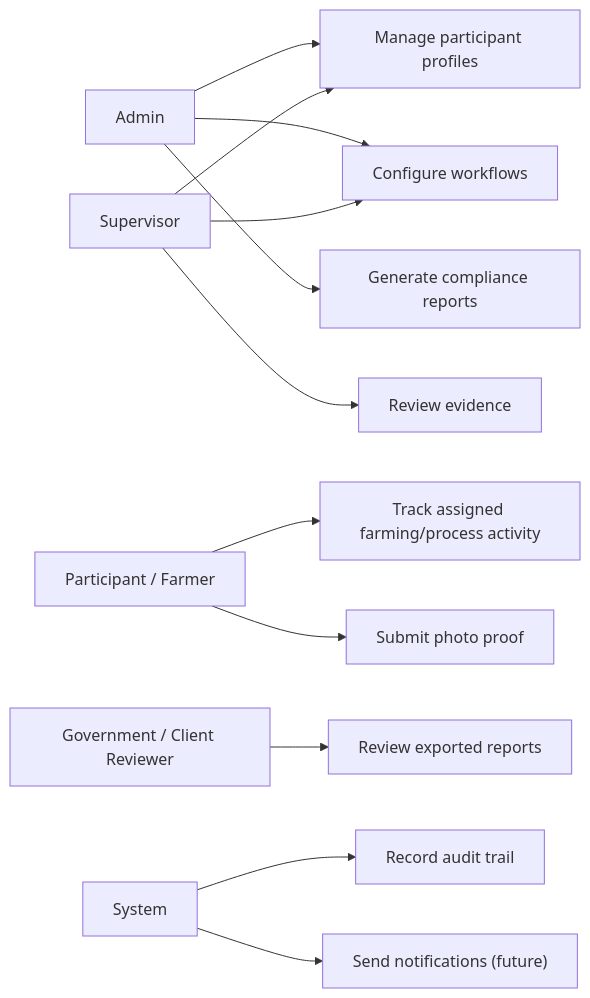
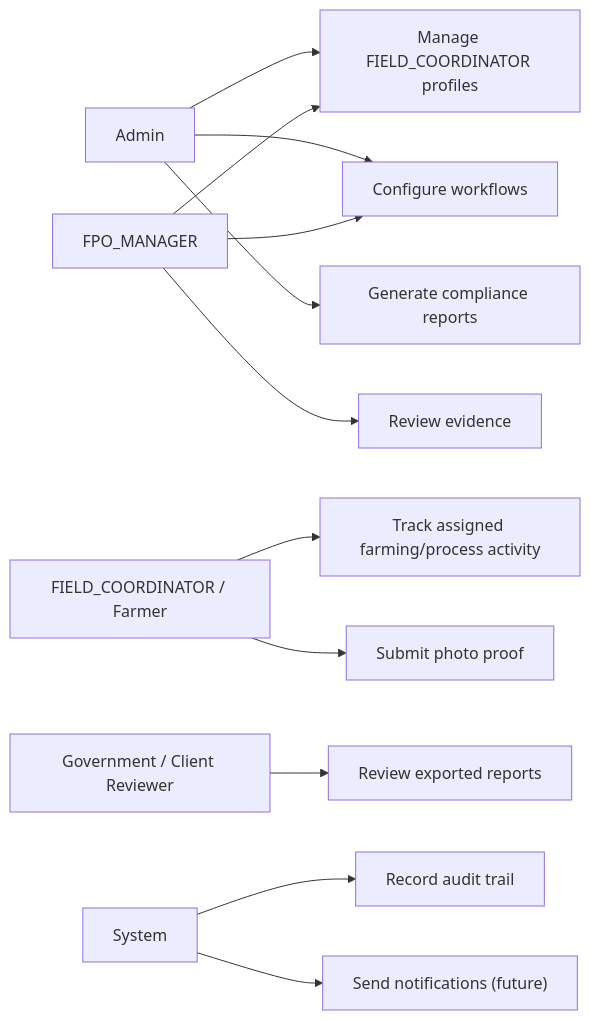
One commit to korearun5/activity-compliance changed the first of 3 diagrams in docs/use-cases.md. Above: the diagram before and after it, drawn with Mermaid. The commit also changed other lines of this file and 104 other files, not shown here.

````diff
--- a/docs/use-cases.md
+++ b/docs/use-cases.md
@@ -5,20 +5,20 @@
 ```mermaid
 flowchart LR
     Admin["Admin"]
-    Supervisor["Supervisor"]
-    Participant["Participant / Farmer"]
+    FPO_MANAGER["FPO_MANAGER"]
+    FIELD_COORDINATOR["FIELD_COORDINATOR / Farmer"]
     Government["Government / Client Reviewer"]
     System["System"]
 
-    Admin --> UserMgmt["Manage participant profiles"]
+    Admin --> UserMgmt["Manage FIELD_COORDINATOR profiles"]
     Admin --> WorkflowMgmt["Configure workflows"]
     Admin --> ReportMgmt["Generate compliance reports"]
-    Supervisor --> UserMgmt
-    Supervisor --> WorkflowMgmt
-    Supervisor --> EvidenceReview["Review evidence"]
-    Participant --> ActivityTracking["Track assigned farming/process activity"]
-    Participant --> EvidenceSubmit["Submit photo proof"]
+    FPO_MANAGER --> UserMgmt
+    FPO_MANAGER --> WorkflowMgmt
+    FPO_MANAGER --> EvidenceReview["Review evidence"]
+    FIELD_COORDINATOR --> ActivityTracking["Track assigned farming/process activity"]
+    FIELD_COORDINATOR --> EvidenceSubmit["Submit photo proof"]
     Government --> ReportView["Review exported reports"]
     System --> AuditTrail["Record audit trail"]
     System --> Notifications["Send notifications (future)"]
 ```
````
